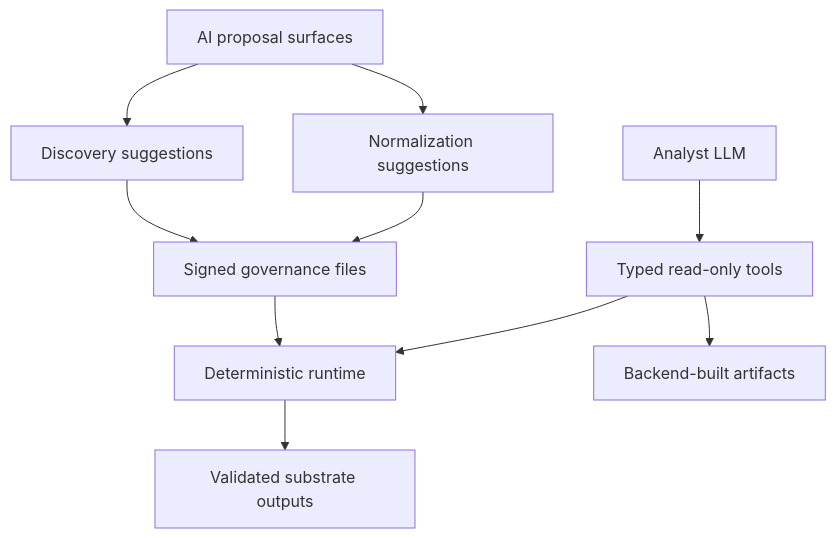
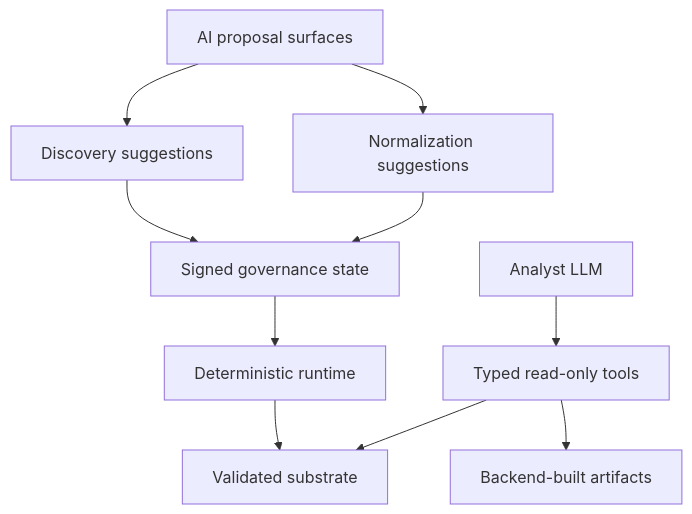
The sixth of 6 diagrams in WELLSTER_TECH_DEEPDIVE_EXTERNAL.md (s6endemi/UniQ), drawn with Mermaid before and after one commit. The commit also changed other lines of this file, not shown here.

````diff
--- a/WELLSTER_TECH_DEEPDIVE_EXTERNAL.md
+++ b/WELLSTER_TECH_DEEPDIVE_EXTERNAL.md
@@ -256,13 +233,13 @@
 ```mermaid
 flowchart TD
     ai[AI proposal surfaces] --> discovery[Discovery suggestions]
-    ai --> norm[Normalization suggestions]
-    discovery --> signed[Signed governance files]
-    norm --> signed
+    ai --> normalization[Normalization suggestions]
+    discovery --> signed[Signed governance state]
+    normalization --> signed
     signed --> runtime[Deterministic runtime]
-    runtime --> outputs[Validated substrate outputs]
+    runtime --> substrate[Validated substrate]
 
-    analyst[Analyst LLM] --> tools[Typed read-only tools]
-    tools --> runtime
+    llm[Analyst LLM] --> tools[Typed read-only tools]
+    tools --> substrate
     tools --> artifacts[Backend-built artifacts]
 ```
````
